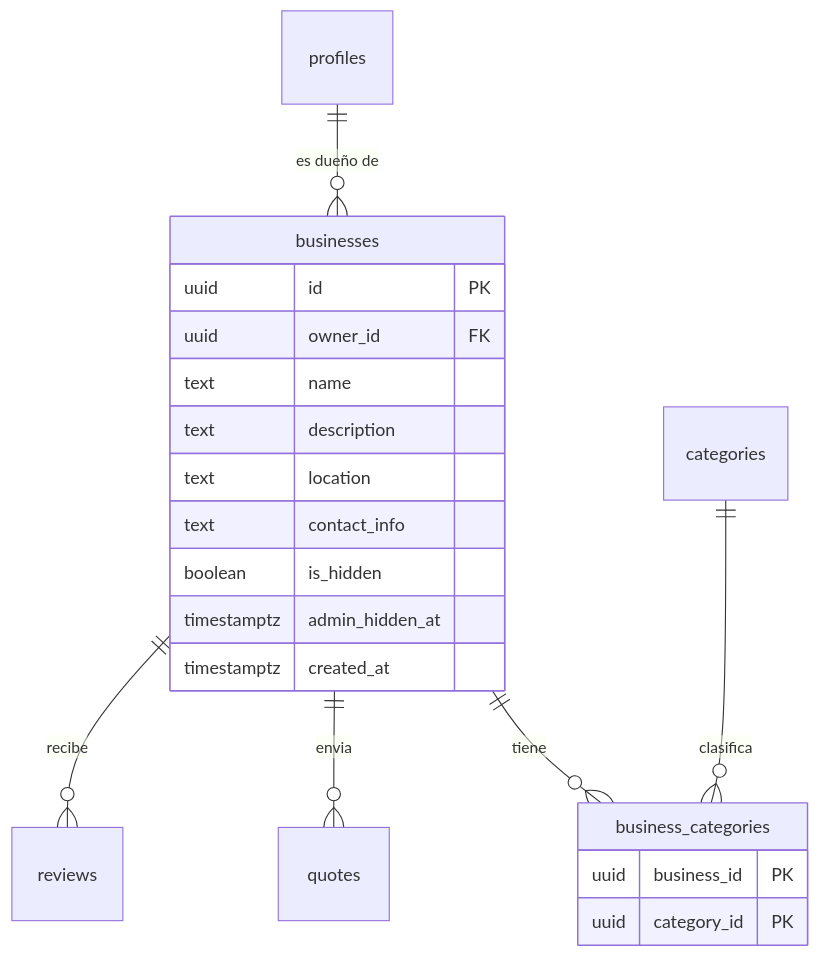
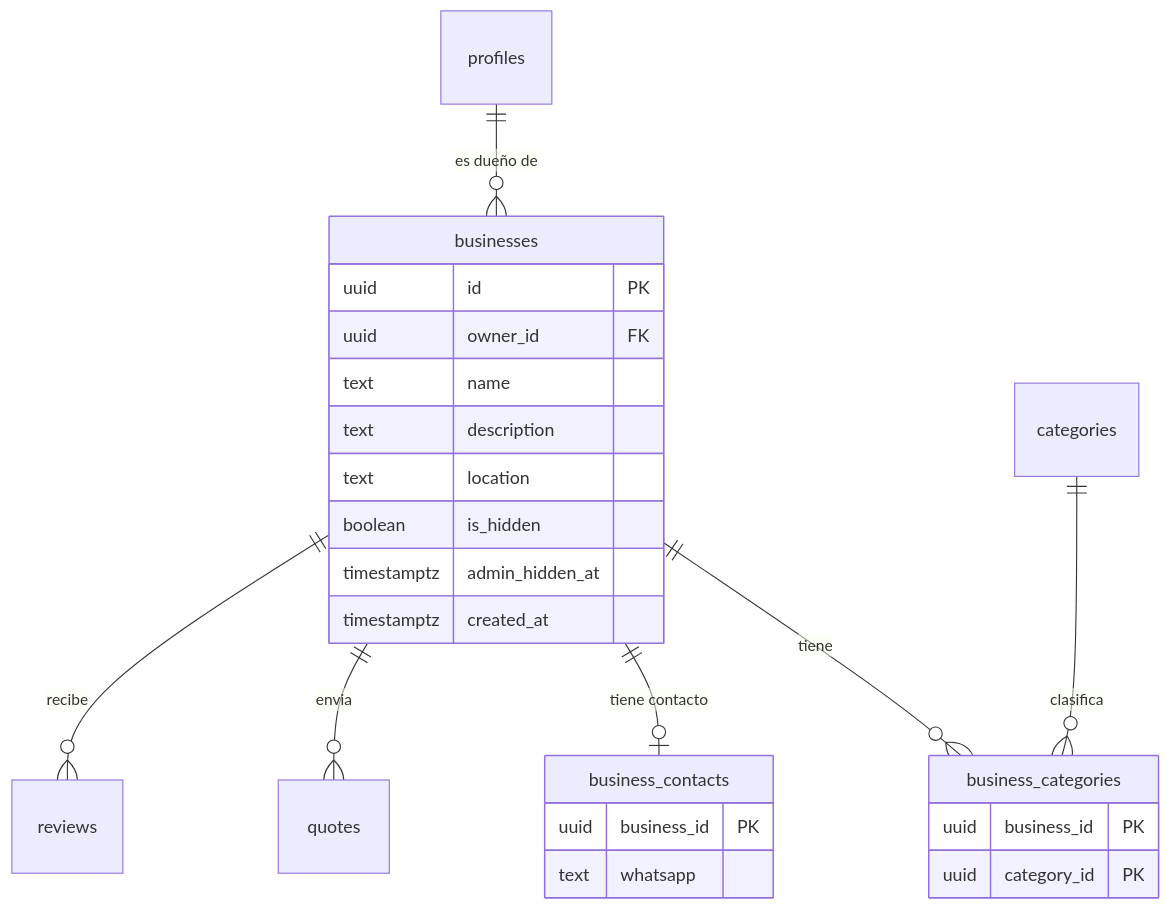
The diagram in docs/07 Base de datos/businesses.md (diegodani2030/App-Offero), drawn with Mermaid before and after one commit. The commit also changed other lines of this file and 2 other files, not shown here.

Commit message:
docs(m2): nota de businesses y decision D-13 (T1-08)

````diff
--- a/docs/07 Base de datos/businesses.md
+++ b/docs/07 Base de datos/businesses.md
@@ -17,23 +17,27 @@
 ```mermaid
 erDiagram
   profiles ||--o{ businesses : "es dueño de"
   businesses ||--o{ business_categories : tiene
   categories ||--o{ business_categories : clasifica
+  businesses ||--o| business_contacts : "tiene contacto"
   businesses ||--o{ quotes : envia
   businesses ||--o{ reviews : recibe
   businesses {
     uuid id PK
     uuid owner_id FK
     text name
     text description
     text location
-    text contact_info
     boolean is_hidden
     timestamptz admin_hidden_at
     timestamptz created_at
   }
   business_categories {
     uuid business_id PK
     uuid category_id PK
   }
+  business_contacts {
+    uuid business_id PK
+    text whatsapp
+  }
 ```
````
